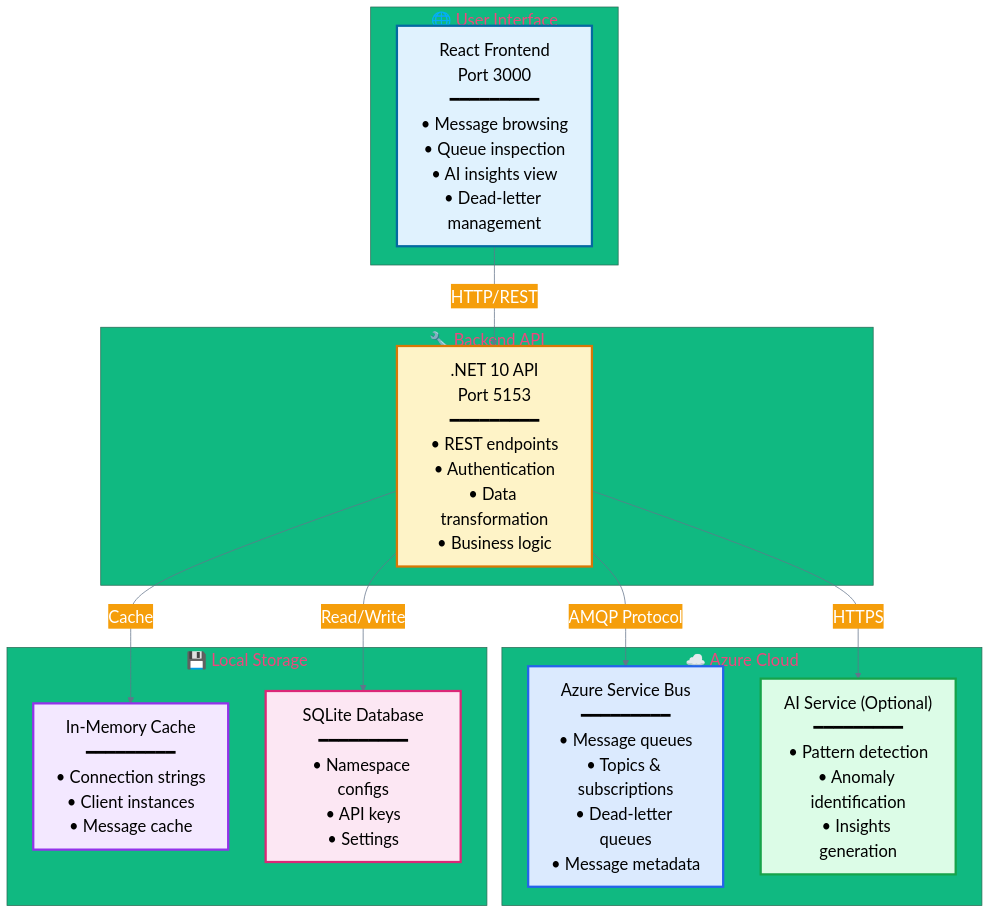
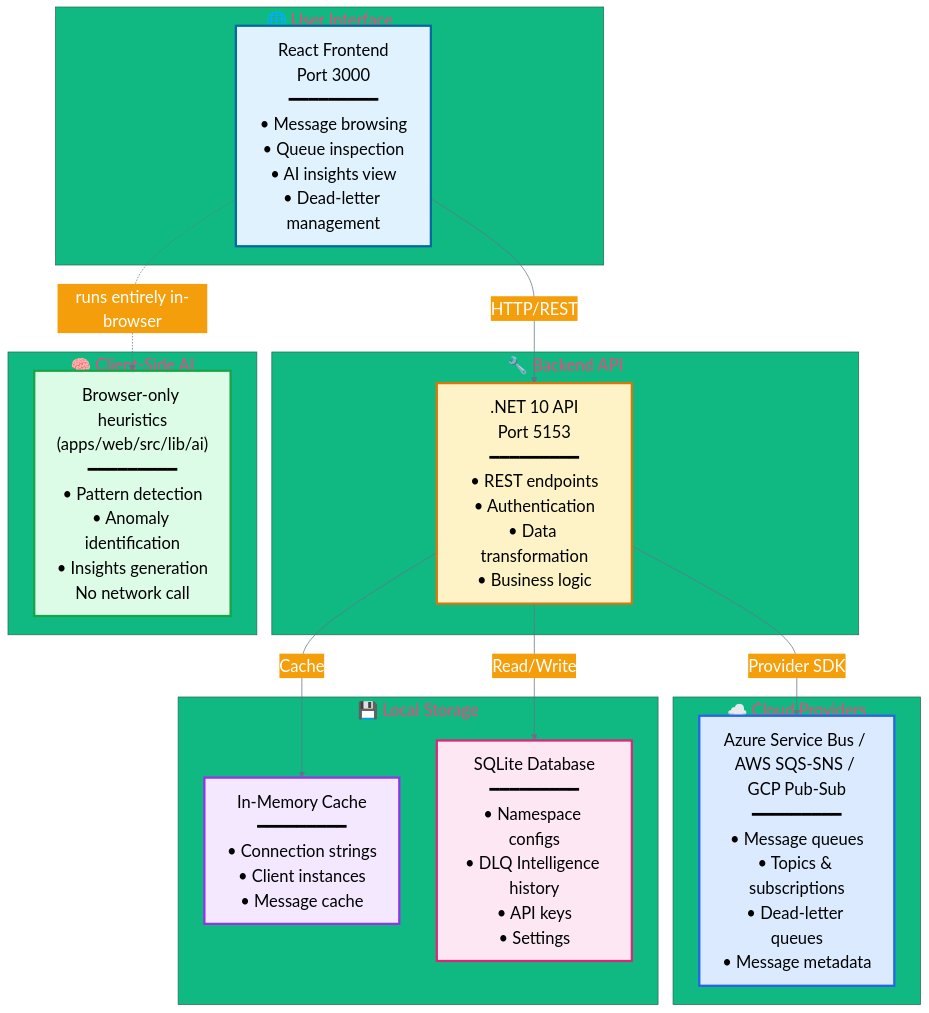
Before and after one commit to debdevops/servicehub: the first of 13 diagrams in docs/COMPREHENSIVE-GUIDE.md, drawn with Mermaid. The commit also changed other lines of this file and 9 other files, not shown here.

First line of the commit message:
Enhance documentation and security measures; refactor architecture for multi-cloud support

````diff
--- a/docs/COMPREHENSIVE-GUIDE.md
+++ b/docs/COMPREHENSIVE-GUIDE.md
@@ -77,36 +77,38 @@
 ```mermaid
 %%{init: {'theme':'base', 'themeVariables': { 'fontSize':'22px', 'primaryColor':'#0ea5e9', 'primaryTextColor':'#fff', 'primaryBorderColor':'#0369a1', 'lineColor':'#64748b', 'secondaryColor':'#f59e0b', 'tertiaryColor':'#10b981'}}}%%
 graph TB
     subgraph "🌐 User Interface"
         UI["React Frontend<br/>Port 3000<br/>━━━━━━━━━<br/>• Message browsing<br/>• Queue inspection<br/>• AI insights view<br/>• Dead-letter management"]
     end
 
     subgraph "🔧 Backend API"
         API[".NET 10 API<br/>Port 5153<br/>━━━━━━━━━<br/>• REST endpoints<br/>• Authentication<br/>• Data transformation<br/>• Business logic"]
     end
 
-    subgraph "☁️ Azure Cloud"
-        ASB["Azure Service Bus<br/>━━━━━━━━━<br/>• Message queues<br/>• Topics & subscriptions<br/>• Dead-letter queues<br/>• Message metadata"]
-        
-        AI["AI Service (Optional)<br/>━━━━━━━━━<br/>• Pattern detection<br/>• Anomaly identification<br/>• Insights generation"]
+    subgraph "☁️ Cloud Providers"
+        ASB["Azure Service Bus / AWS SQS-SNS / GCP Pub-Sub<br/>━━━━━━━━━<br/>• Message queues<br/>• Topics & subscriptions<br/>• Dead-letter queues<br/>• Message metadata"]
+    end
+
+    subgraph "🧠 Client-Side AI"
+        AI["Browser-only heuristics<br/>(apps/web/src/lib/ai)<br/>━━━━━━━━━<br/>• Pattern detection<br/>• Anomaly identification<br/>• Insights generation<br/>No network call"]
     end
 
     subgraph "💾 Local Storage"
         CACHE["In-Memory Cache<br/>━━━━━━━━━<br/>• Connection strings<br/>• Client instances<br/>• Message cache"]
         
-        DB["SQLite Database<br/>━━━━━━━━━<br/>• Namespace configs<br/>• API keys<br/>• Settings"]
+        DB["SQLite Database<br/>━━━━━━━━━<br/>• Namespace configs<br/>• DLQ Intelligence history<br/>• API keys<br/>• Settings"]
     end
 
     UI -->|HTTP/REST| API
-    API -->|AMQP Protocol| ASB
-    API -->|HTTPS| AI
+    API -->|Provider SDK| ASB
+    UI -.->|runs entirely in-browser| AI
     API -->|Read/Write| DB
     API -->|Cache| CACHE
     
     style UI fill:#e0f2fe,stroke:#0369a1,stroke-width:3px,color:#000
     style API fill:#fef3c7,stroke:#d97706,stroke-width:3px,color:#000
     style ASB fill:#dbeafe,stroke:#2563eb,stroke-width:3px,color:#000
     style AI fill:#dcfce7,stroke:#16a34a,stroke-width:3px,color:#000
     style DB fill:#fce7f3,stroke:#db2777,stroke-width:3px,color:#000
     style CACHE fill:#f3e8ff,stroke:#9333ea,stroke-width:3px,color:#000
 ```
````
